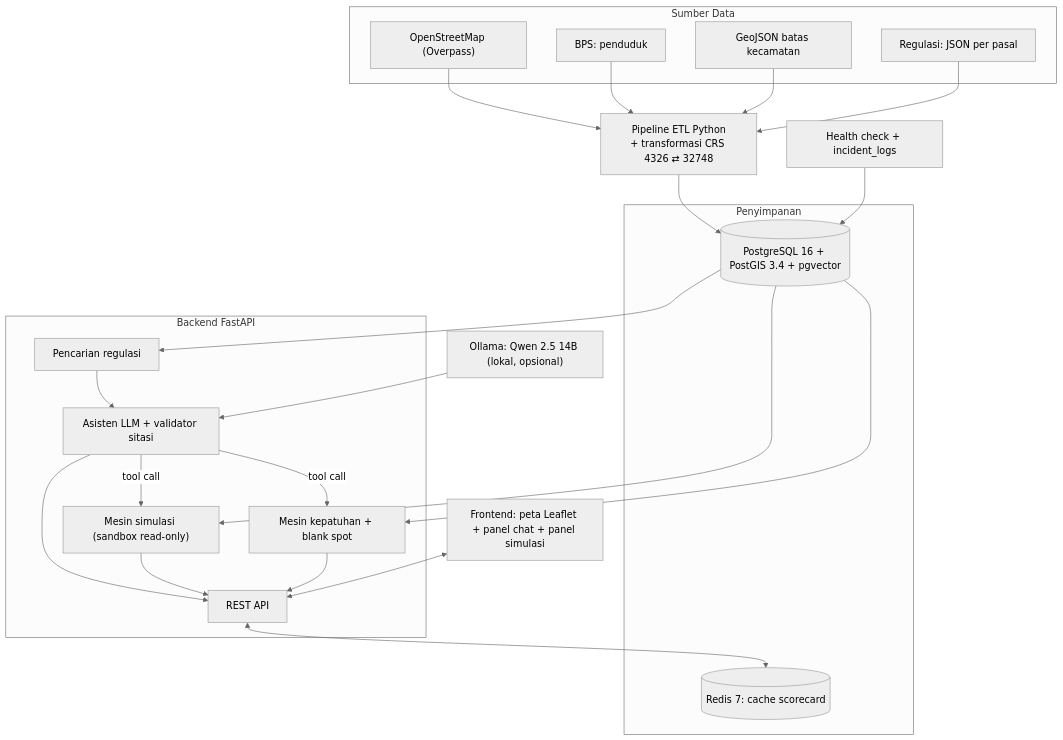
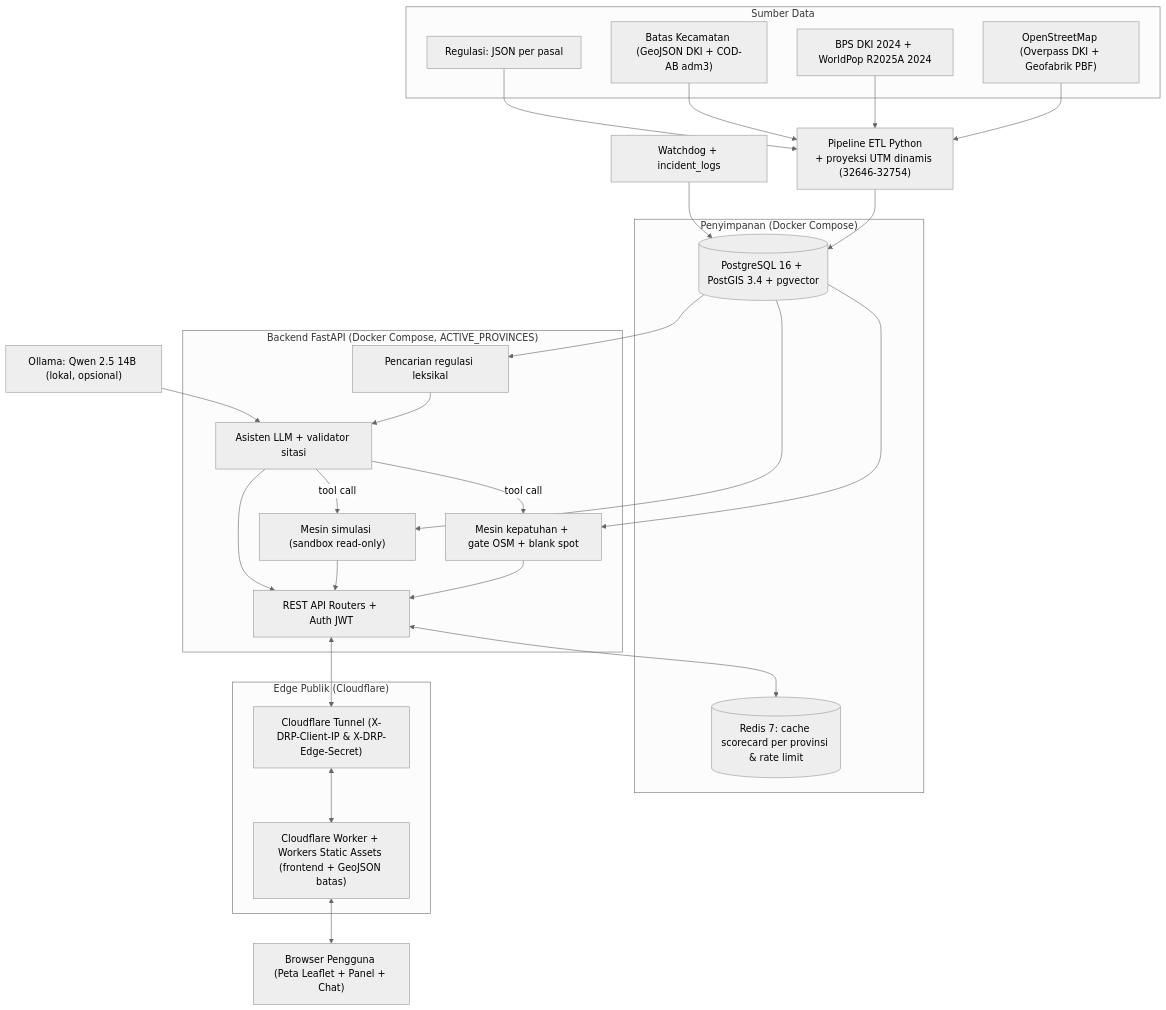
One commit to Naputriz/District-Resource-Profiling changed the first of 2 diagrams in README.md. Above: the diagram before and after it, drawn with Mermaid (neutral theme). The commit also changed other lines of this file and 16 other files, not shown here.

````diff
--- a/README.md
+++ b/README.md
@@ -258,44 +266,50 @@
 ```mermaid
 graph TD
     subgraph Data["Sumber Data"]
-        OSM["OpenStreetMap (Overpass)"]
-        BPS["BPS: penduduk"]
-        GEO["GeoJSON batas kecamatan"]
+        OSM["OpenStreetMap (Overpass DKI + Geofabrik PBF)"]
+        BPS["BPS DKI 2024 + WorldPop R2025A 2024"]
+        GEO["Batas Kecamatan (GeoJSON DKI + COD-AB adm3)"]
         REG["Regulasi: JSON per pasal"]
     end
 
-    ETL["Pipeline ETL Python<br/>+ transformasi CRS 4326 ⇄ 32748"]
+    ETL["Pipeline ETL Python<br/>+ proyeksi UTM dinamis (32646-32754)"]
 
-    subgraph Storage["Penyimpanan"]
+    subgraph Storage["Penyimpanan (Docker Compose)"]
         PG[("PostgreSQL 16 + PostGIS 3.4 + pgvector")]
-        RD[("Redis 7: cache scorecard")]
+        RD[("Redis 7: cache scorecard per provinsi & rate limit")]
     end
 
-    subgraph Backend["Backend FastAPI"]
-        API["REST API"]
-        ENG["Mesin kepatuhan + blank spot"]
+    subgraph Backend["Backend FastAPI (Docker Compose, ACTIVE_PROVINCES)"]
+        API["REST API Routers + Auth JWT"]
+        ENG["Mesin kepatuhan + gate OSM + blank spot"]
         SIM["Mesin simulasi (sandbox read-only)"]
-        RAG["Pencarian regulasi"]
+        RAG["Pencarian regulasi leksikal"]
         AGT["Asisten LLM + validator sitasi"]
     end
 
     LLM["Ollama: Qwen 2.5 14B (lokal, opsional)"]
-    UI["Frontend: peta Leaflet + panel chat + panel simulasi"]
-    MON["Health check + incident_logs"]
+    MON["Watchdog + incident_logs"]
+
+    subgraph Edge["Edge Publik (Cloudflare)"]
+        CFW["Cloudflare Worker + Workers Static Assets (frontend + GeoJSON batas)"]
+        CFT["Cloudflare Tunnel (X-DRP-Client-IP & X-DRP-Edge-Secret)"]
+    end
+
+    USR["Browser Pengguna (Peta Leaflet + Panel + Chat)"]
 
     OSM --> ETL
     BPS --> ETL
     GEO --> ETL
     REG --> ETL
     ETL --> PG
     PG --> ENG --> API
     PG --> SIM --> API
     PG --> RAG --> AGT
     LLM --> AGT
     AGT -->|tool call| ENG
     AGT -->|tool call| SIM
     AGT --> API
     API <--> RD
-    UI <--> API
     MON --> PG
+    API <--> CFT <--> CFW <--> USR
 ```
````
